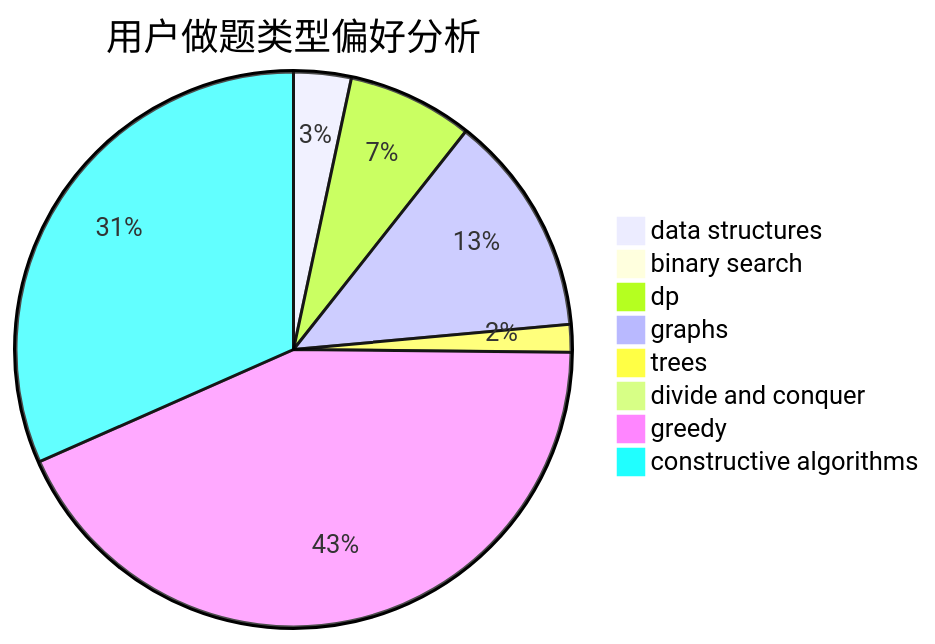
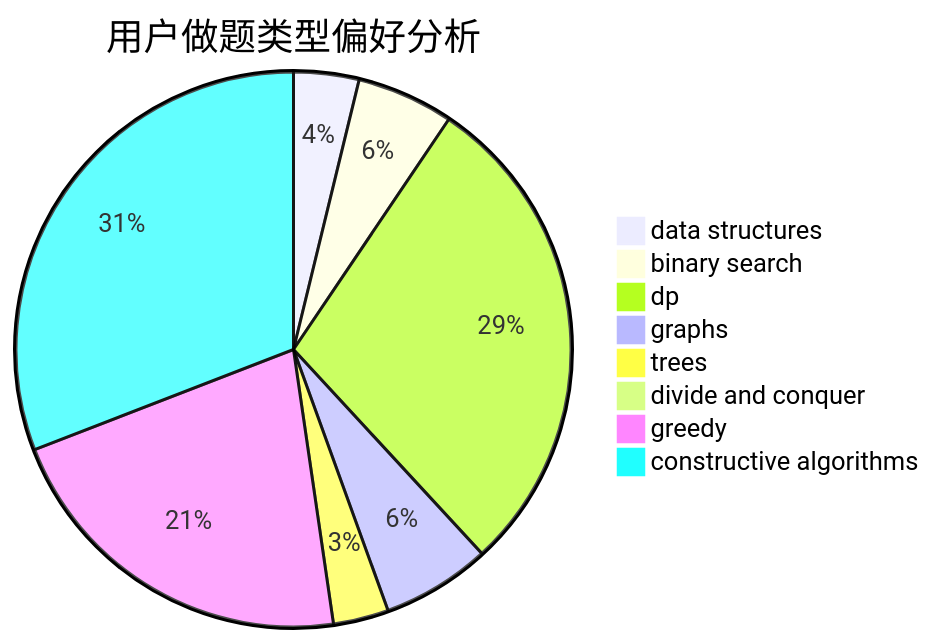
One commit to sherpahu/cfrs.github.io changed the second of 3 diagrams in docs/user/u1726.md. Above: the diagram before and after it, drawn with Mermaid. The commit also changed other lines of this file and 2770 other files, not shown here.

````diff
--- a/docs/user/u1726.md
+++ b/docs/user/u1726.md
@@ -23,11 +23,11 @@
 ```mermaid
 pie title 用户做题类型偏好分析
-    "data structures" :  56
-    "binary search" :  8
-    "dp" :  122
-    "graphs" :  216
-    "trees" :  27
-    "divide and conquer" :  0
-    "greedy" :  723
-    "constructive algorithms" :  529
+    "data structures" :  33
+    "binary search" :  49
+    "dp" :  249
+    "graphs" :  55
+    "trees" :  28
+    "divide and conquer" :  3
+    "greedy" :  186
+    "constructive algorithms" :  268
 ```
````
